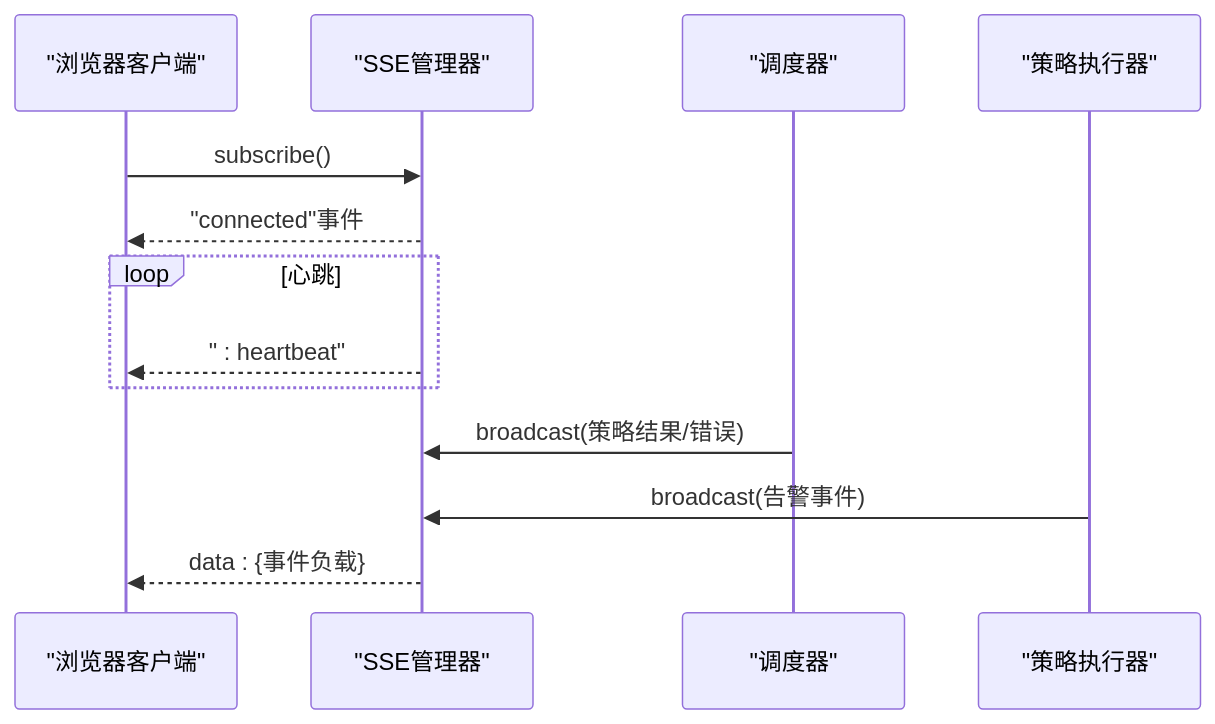
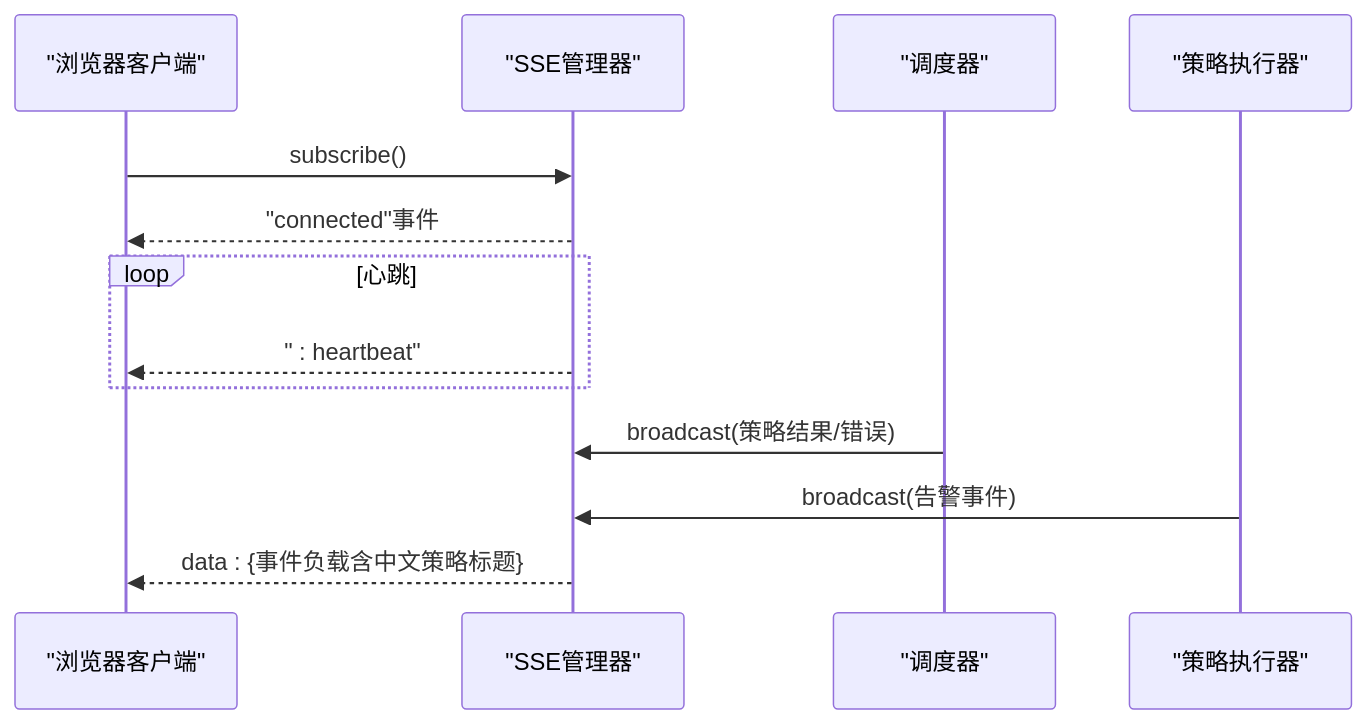
The fourth of 9 diagrams in .qoder/repowiki/zh/content/实时监控和告警系统/实时监控和告警系统.md (ldeng76/quant-ETF), drawn with Mermaid before and after one commit. The commit also changed other lines of this file and 12 other files, not shown here.

````diff
--- a/.qoder/repowiki/zh/content/实时监控和告警系统/实时监控和告警系统.md
+++ b/.qoder/repowiki/zh/content/实时监控和告警系统/实时监控和告警系统.md
@@ -196,15 +236,15 @@
 ```mermaid
 sequenceDiagram
 participant Client as "浏览器客户端"
 participant SSE as "SSE管理器"
 participant Scheduler as "调度器"
 participant Runner as "策略执行器"
 Client->>SSE : subscribe()
 SSE-->>Client : "connected"事件
 loop 心跳
 SSE-->>Client : " : heartbeat"
 end
 Scheduler->>SSE : broadcast(策略结果/错误)
 Runner->>SSE : broadcast(告警事件)
-SSE-->>Client : data : {事件负载}
+SSE-->>Client : data : {事件负载含中文策略标题}
 ```
````
